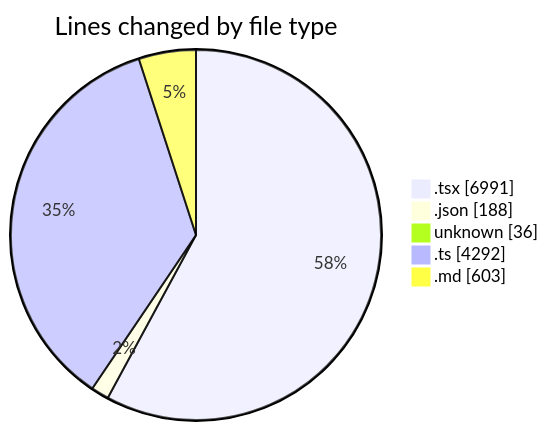
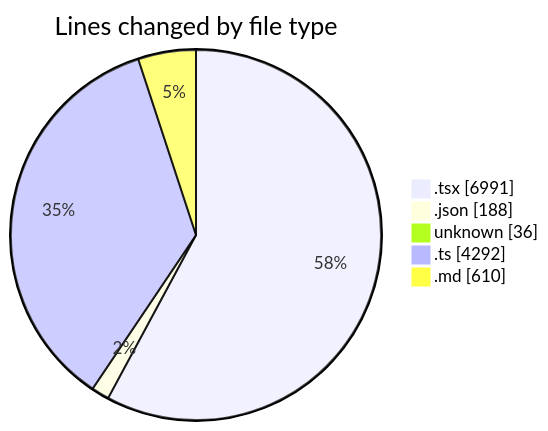
The first of 2 diagrams in 2025-01-03/tinycms/README.md (ernivani/code-tracking), drawn with Mermaid before and after one commit. The commit also changed other lines of this file and 5 other files, not shown here.

````diff
--- a/2025-01-03/tinycms/README.md
+++ b/2025-01-03/tinycms/README.md
@@ -62,9 +62,9 @@
 ```mermaid
 pie showData
 title Lines changed by file type
 ".tsx" : 6991
 ".json" : 188
 "unknown" : 36
 ".ts" : 4292
-".md" : 603
+".md" : 610
 ```
````
